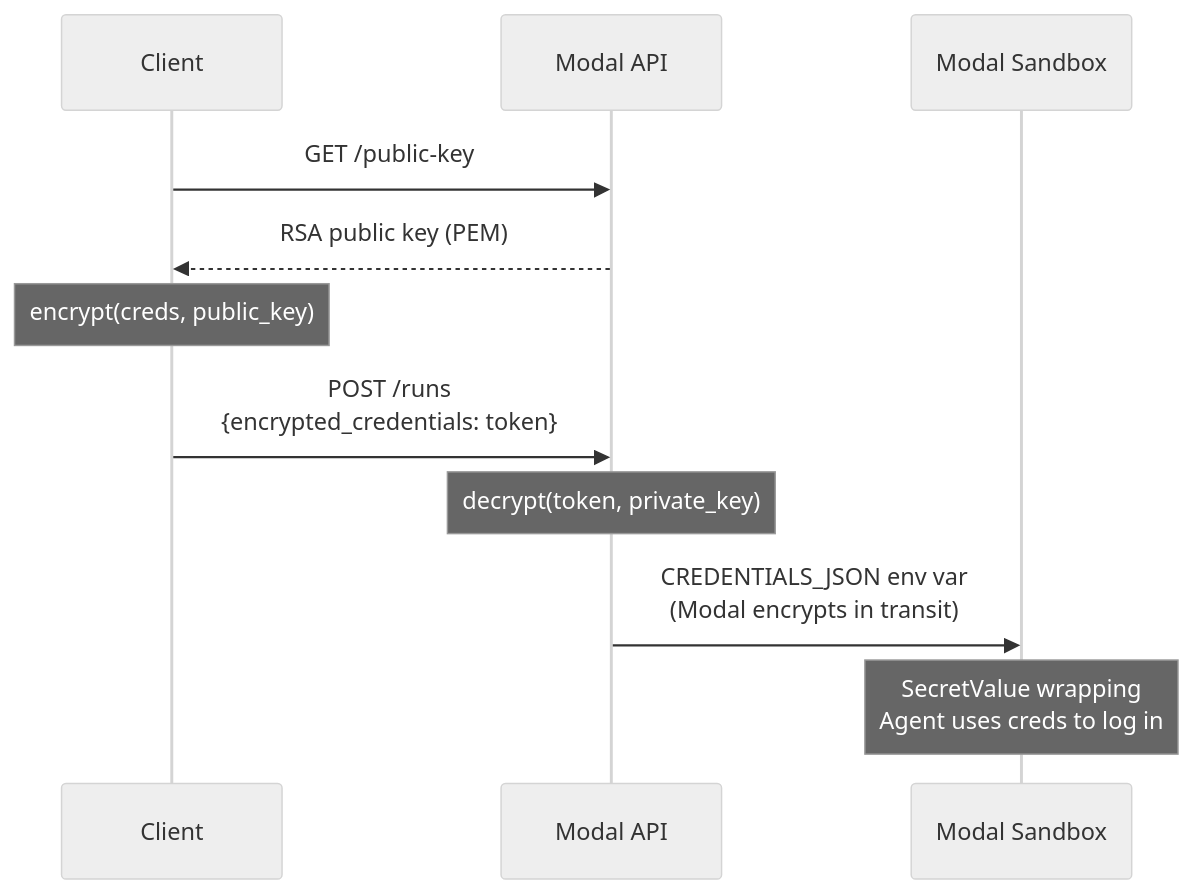
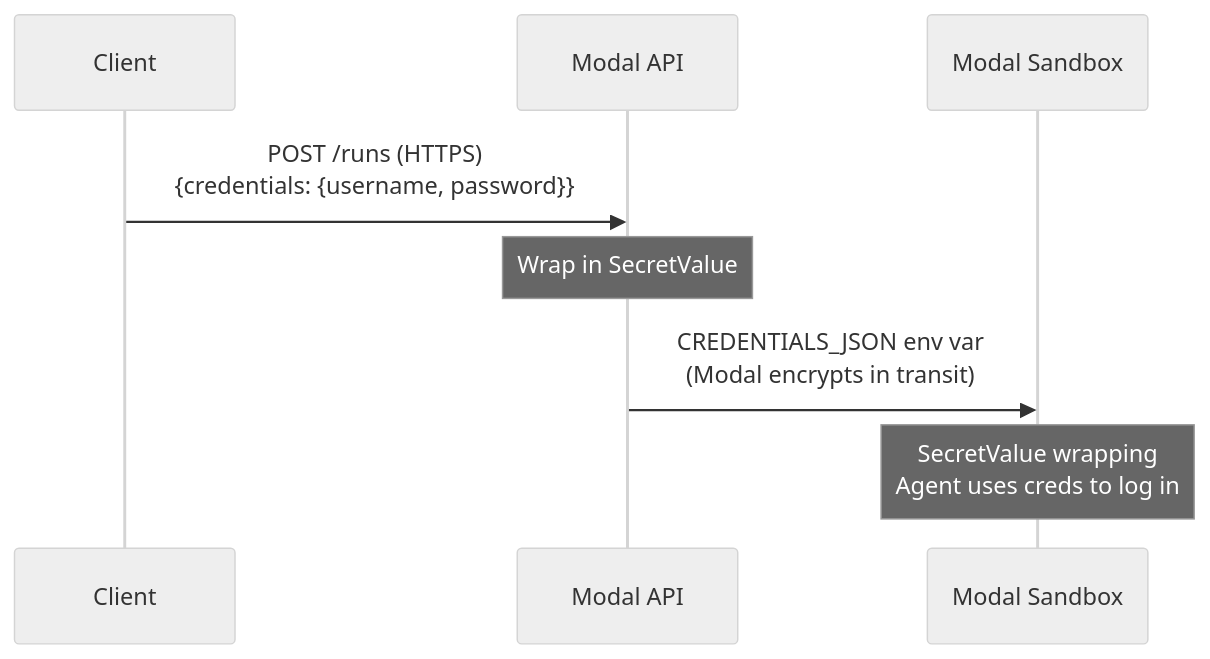
Before and after one commit to AppliedLabsAI/cua: the first of 2 diagrams in README.md, drawn with Mermaid (neutral theme). The commit also changed other lines of this file, not shown here.

Commit message:
update readme for credentials (#19)

````diff
--- a/README.md
+++ b/README.md
@@ -411,17 +361,12 @@
 ```mermaid
 sequenceDiagram
     participant C as Client
     participant A as Modal API
     participant S as Modal Sandbox
 
-    C->>A: GET /public-key
-    A-->>C: RSA public key (PEM)
-
-    Note over C: encrypt(creds, public_key)
-
-    C->>A: POST /runs<br/>{encrypted_credentials: token}
-    Note over A: decrypt(token, private_key)
+    C->>A: POST /runs (HTTPS)<br/>{credentials: {username, password}}
+    Note over A: Wrap in SecretValue
 
     A->>S: CREDENTIALS_JSON env var<br/>(Modal encrypts in transit)
     Note over S: SecretValue wrapping<br/>Agent uses creds to log in
 ```
````
